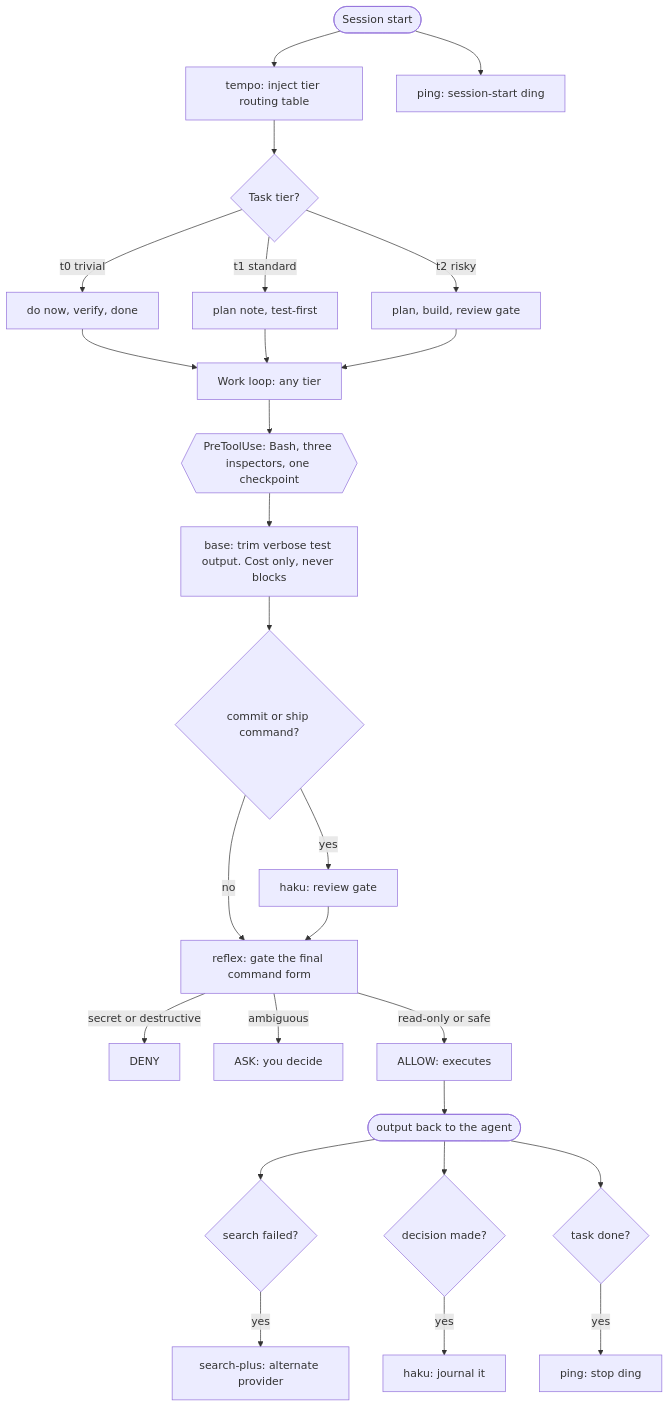
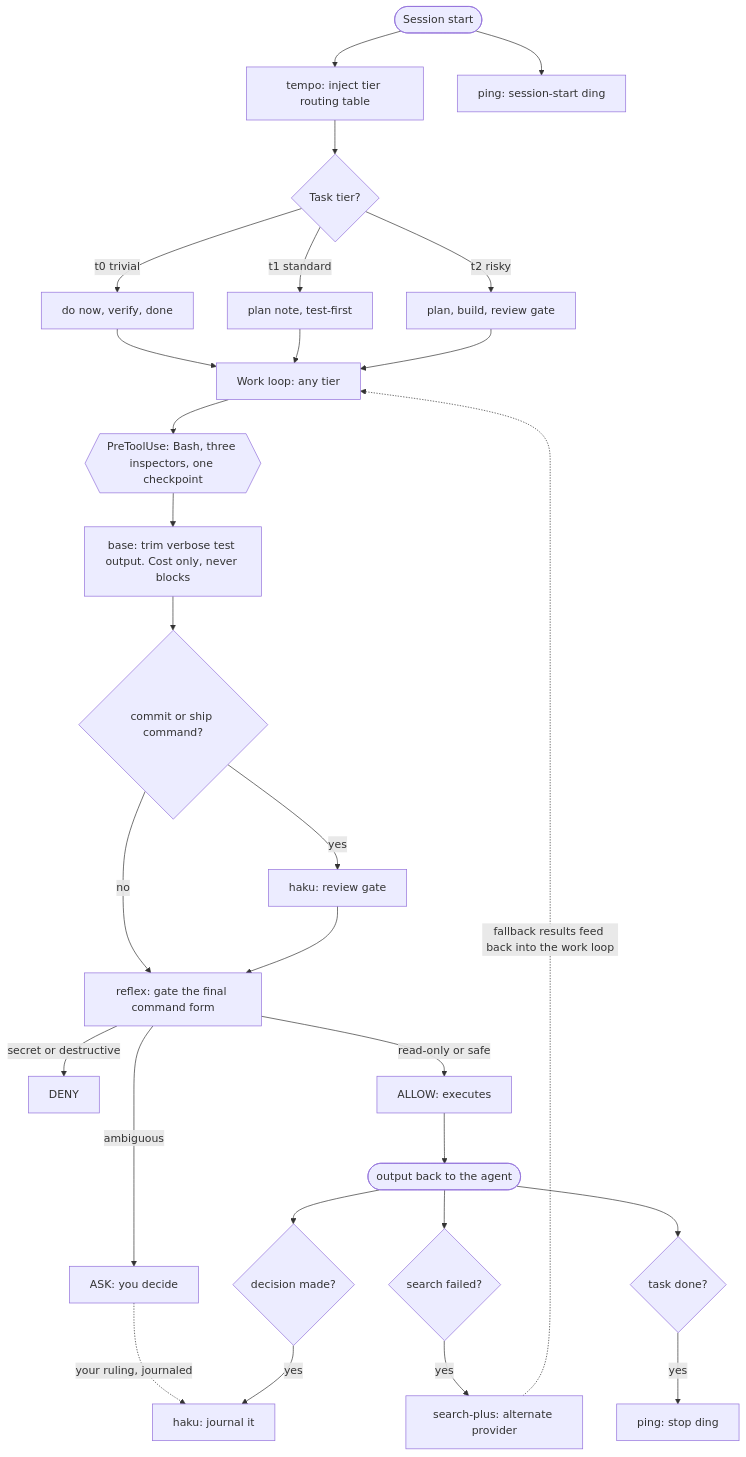
One commit to shrwnsan/vibekit-claude-plugins changed the diagram in docs/ref/plugin-flow.md. Above: the diagram before and after it, drawn with Mermaid. The commit also changed 1 other file, not shown here.

Commit message:
docs: auto-merge docs: close the session loops in both flow diagrams
The ask path now journals your ruling into haku and approved calls
return to output; deny shows its outcome; search-plus fallback results
return to the work loop. Also restores the haku back-edge lost when PR
157's automerge fired before the fix commit landed.

````diff
--- a/docs/ref/plugin-flow.md
+++ b/docs/ref/plugin-flow.md
@@ -17,28 +17,30 @@
 ```mermaid
 flowchart TD
     start(["Session start"]) --> tempo["tempo: inject tier routing table"]
     start --> pingS["ping: session-start ding"]
     tempo --> tier{"Task tier?"}
     tier -- "t0 trivial" --> t0["do now, verify, done"]
     tier -- "t1 standard" --> t1["plan note, test-first"]
     tier -- "t2 risky" --> t2["plan, build, review gate"]
     t0 --> work["Work loop: any tier"]
     t1 --> work
     t2 --> work
     work --> bash{{"PreToolUse: Bash, three inspectors, one checkpoint"}}
     bash --> trim["base: trim verbose test output. Cost only, never blocks"]
     trim --> ship{"commit or ship command?"}
     ship -- "yes" --> review["haku: review gate"]
     ship -- "no" --> gate
     review --> gate["reflex: gate the final command form"]
     gate -- "secret or destructive" --> deny["DENY"]
     gate -- "ambiguous" --> ask["ASK: you decide"]
+    ask -.->|your ruling, journaled| hj
     gate -- "read-only or safe" --> allow["ALLOW: executes"]
     allow --> out(["output back to the agent"])
     out --> sf{"search failed?"}
     sf -- "yes" --> sp["search-plus: alternate provider"]
+    sp -.->|fallback results feed back into the work loop| work
     out --> dec{"decision made?"}
     dec -- "yes" --> hj["haku: journal it"]
     out --> td{"task done?"}
     td -- "yes" --> pd["ping: stop ding"]
 ```
````
